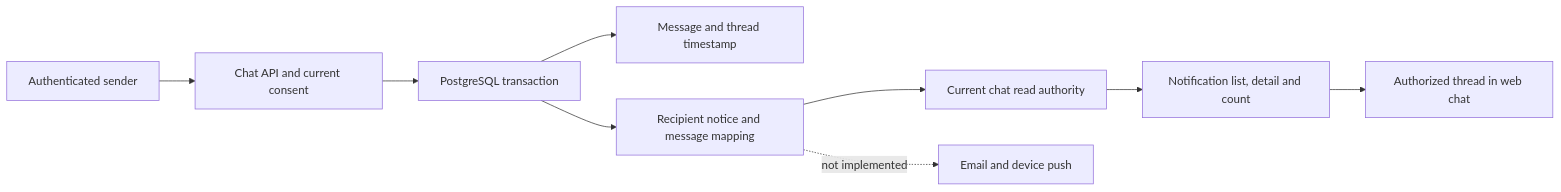
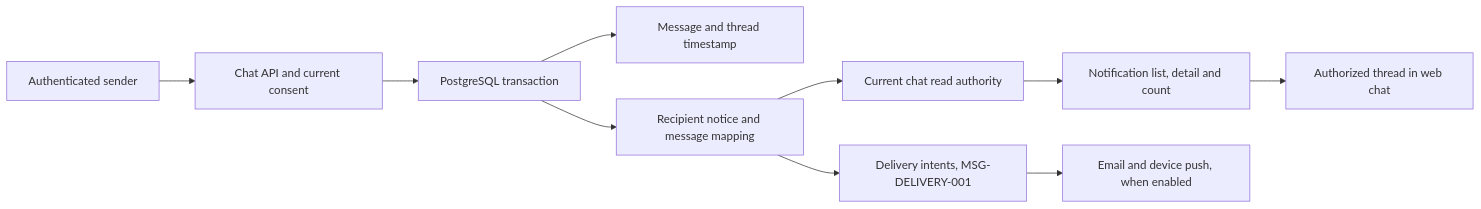
One commit to diegueins680/tdf-app changed the diagram in docs/notifications/chat-delivery-2026-10-13.md. Above: the diagram before and after it, drawn with Mermaid. The commit also changed other lines of this file and 19 other files, not shown here.

First line of the commit message:
feat(chat): email and phone reminders for chat notices (MSG-DELIVERY-001)

````diff
--- a/docs/notifications/chat-delivery-2026-10-13.md
+++ b/docs/notifications/chat-delivery-2026-10-13.md
@@ -45,11 +45,12 @@
 ```mermaid
 flowchart LR
   Sender[Authenticated sender] --> API[Chat API and current consent]
   API --> TX[PostgreSQL transaction]
   TX --> Message[Message and thread timestamp]
   TX --> Notice[Recipient notice and message mapping]
   Notice --> Filter[Current chat read authority]
   Filter --> Bell[Notification list, detail and count]
   Bell --> Link[Authorized thread in web chat]
-  Notice -. not implemented .-> Delivery[Email and device push]
+  Notice --> Outbox[Delivery intents, MSG-DELIVERY-001]
+  Outbox --> Delivery[Email and device push, when enabled]
 ```
````
